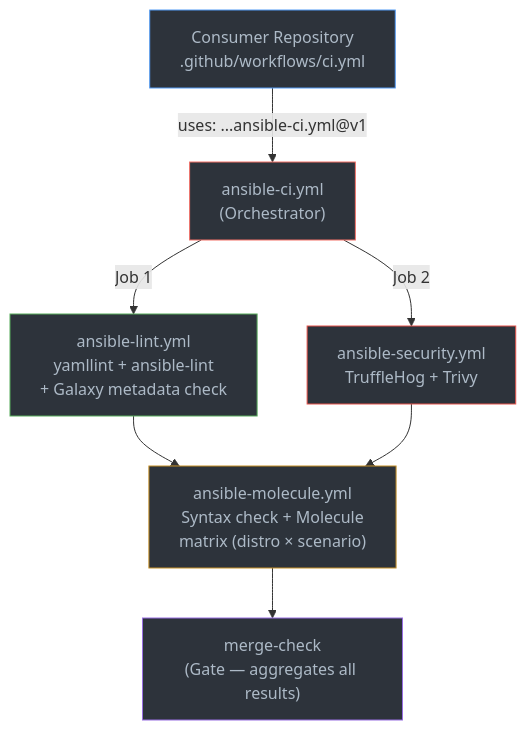
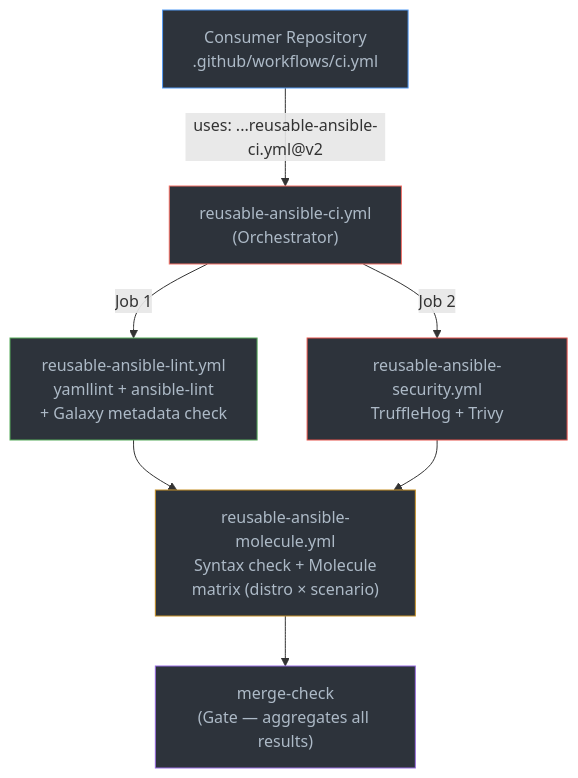
Before and after one commit to grzegorzfranus/github-workflows: the first of 2 diagrams in README.md, drawn with Mermaid. The commit also changed other lines of this file and 9 other files, not shown here.

Commit message:
feat(ci)!: rename reusable workflows and harden CI [#27] (#28)

````diff
--- a/README.md
+++ b/README.md
@@ -25,16 +26,16 @@
 ```mermaid
 graph TD
-    A["Consumer Repository<br/>.github/workflows/ci.yml"] -->|"uses: ...ansible-ci.yml@v1"| B["ansible-ci.yml<br/>(Orchestrator)"]
-    B -->|"Job 1"| C["ansible-lint.yml<br/>yamllint + ansible-lint<br/>+ Galaxy metadata check"]
-    B -->|"Job 2"| D["ansible-security.yml<br/>TruffleHog + Trivy"]
-    C --> E["ansible-molecule.yml<br/>Syntax check + Molecule<br/>matrix (distro × scenario)"]
+    A["Consumer Repository<br/>.github/workflows/ci.yml"] -->|"uses: ...reusable-ansible-ci.yml@v2"| B["reusable-ansible-ci.yml<br/>(Orchestrator)"]
+    B -->|"Job 1"| C["reusable-ansible-lint.yml<br/>yamllint + ansible-lint<br/>+ Galaxy metadata check"]
+    B -->|"Job 2"| D["reusable-ansible-security.yml<br/>TruffleHog + Trivy"]
+    C --> E["reusable-ansible-molecule.yml<br/>Syntax check + Molecule<br/>matrix (distro × scenario)"]
     D --> E
     E --> F["merge-check<br/>(Gate — aggregates all results)"]
 
     style A fill:#2d333b,stroke:#539bf5,color:#adbac7
     style B fill:#2d333b,stroke:#f47067,color:#adbac7
     style C fill:#2d333b,stroke:#57ab5a,color:#adbac7
     style D fill:#2d333b,stroke:#e5534b,color:#adbac7
     style E fill:#2d333b,stroke:#c69026,color:#adbac7
     style F fill:#2d333b,stroke:#986ee2,color:#adbac7
 ```
````
